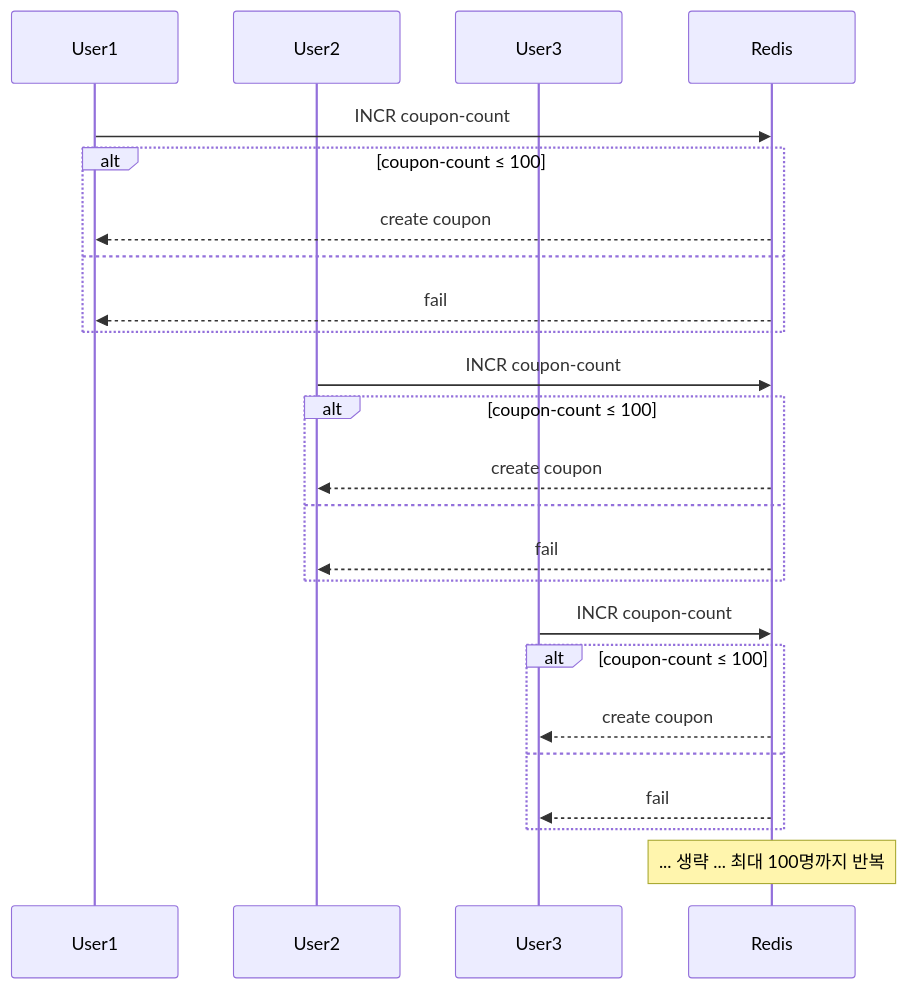
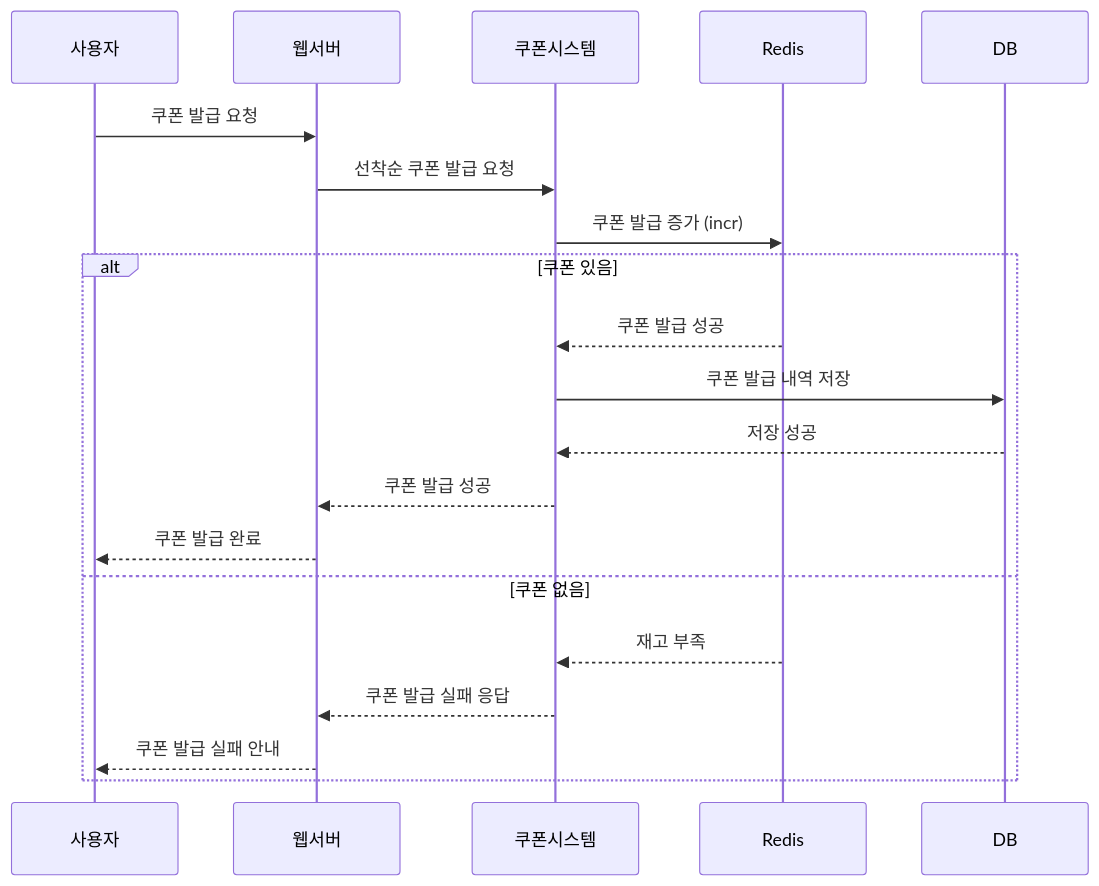
One commit to 9dev-group/study-first-come-system-greatfarmer changed the first of 3 diagrams in README.md. Above: the diagram before and after it, drawn with Mermaid. The commit also changed 1 other file, not shown here.

````diff
--- a/README.md
+++ b/README.md
@@ -39,30 +39,23 @@
 ```mermaid
 sequenceDiagram
-    participant User1
-    participant User2
-    participant User3
-    participant Redis
+  participant 사용자
+  participant 웹서버
+  participant 쿠폰시스템
+  participant Redis
+  participant DB
 
-    User1->>Redis: INCR coupon-count
-    alt coupon-count ≤ 100
-        Redis-->>User1: create coupon
-    else
-        Redis-->>User1: fail
-    end
-
-    User2->>Redis: INCR coupon-count
-    alt coupon-count ≤ 100
-        Redis-->>User2: create coupon
-    else
-        Redis-->>User2: fail
-    end
-
-    User3->>Redis: INCR coupon-count
-    alt coupon-count ≤ 100
-        Redis-->>User3: create coupon
-    else
-        Redis-->>User3: fail
-    end
-
-    Note over Redis: ... 생략 ... 최대 100명까지 반복
+  사용자->>웹서버: 쿠폰 발급 요청
+  웹서버->>쿠폰시스템: 선착순 쿠폰 발급 요청
+  쿠폰시스템->>Redis: 쿠폰 발급 증가 (incr)
+  alt 쿠폰 있음
+    Redis-->>쿠폰시스템: 쿠폰 발급 성공
+    쿠폰시스템->>DB: 쿠폰 발급 내역 저장
+    DB-->>쿠폰시스템: 저장 성공
+    쿠폰시스템-->>웹서버: 쿠폰 발급 성공
+    웹서버-->>사용자: 쿠폰 발급 완료
+  else 쿠폰 없음
+    Redis-->>쿠폰시스템: 재고 부족
+    쿠폰시스템-->>웹서버: 쿠폰 발급 실패 응답
+    웹서버-->>사용자: 쿠폰 발급 실패 안내
+  end
 ```
````
